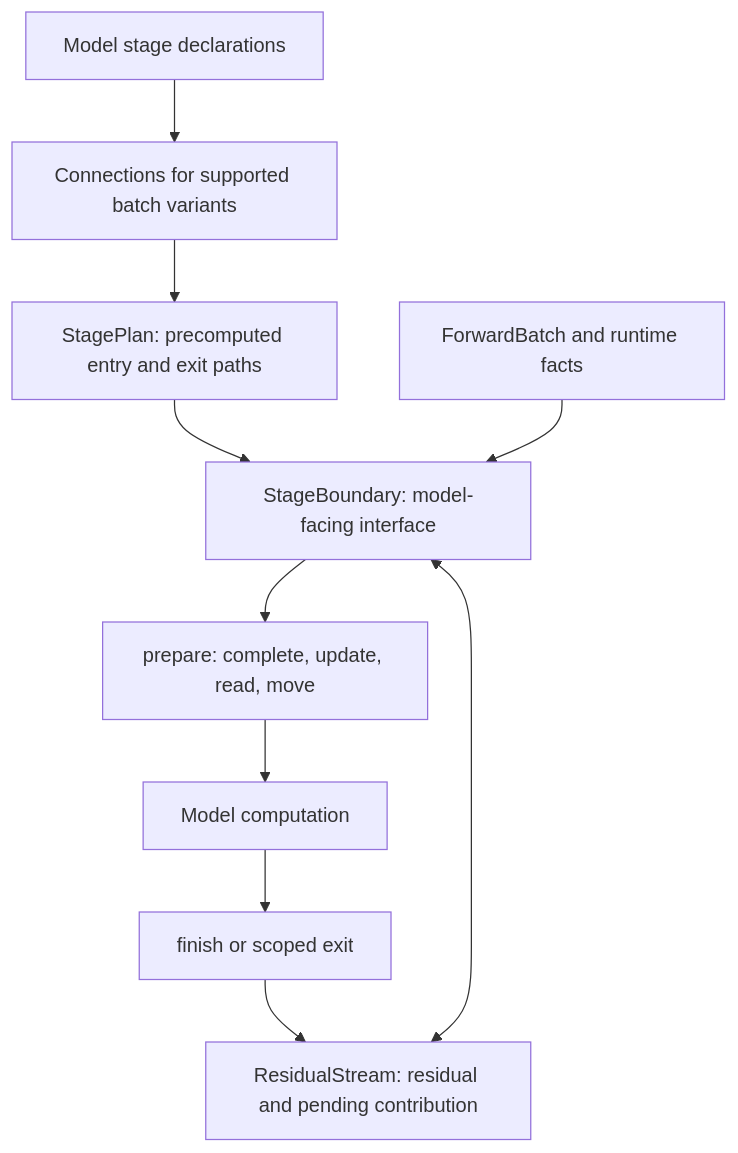
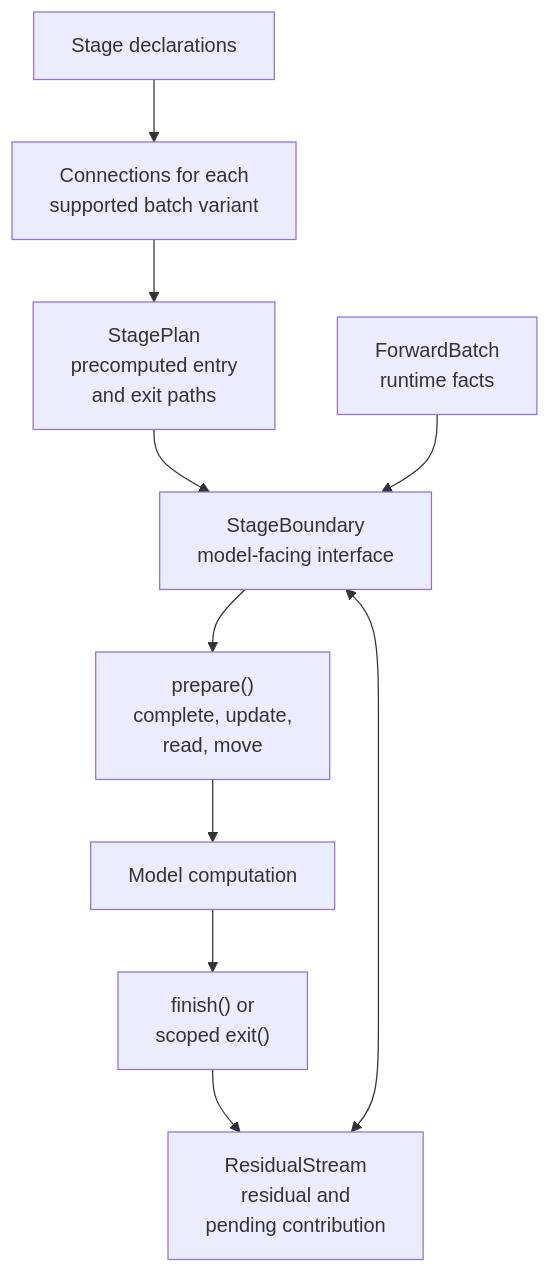
Before and after one commit to sgl-project/sglang: the diagram in docs/docs/developer_guide/layer_boundary.mdx, drawn with Mermaid.

Commit message:
Wrap the layer boundary architecture diagram labels
Long single-line node labels were cut off when the page rendered the
diagram. Quote each label and break it into short lines with <br/>, as the
other Mermaid diagrams on the docs site do.

````diff
--- a/docs/docs/developer_guide/layer_boundary.mdx
+++ b/docs/docs/developer_guide/layer_boundary.mdx
@@ -268,12 +268,12 @@
 ```mermaid
 flowchart TD
-    D[Model stage declarations] --> C[Connections for supported batch variants]
-    C --> P[StagePlan: precomputed entry and exit paths]
-    P --> B[StageBoundary: model-facing interface]
-    F[ForwardBatch and runtime facts] --> B
-    S[ResidualStream: residual and pending contribution] <--> B
-    B --> I[prepare: complete, update, read, move]
-    I --> M[Model computation]
-    M --> O[finish or scoped exit]
+    D["Stage declarations"] --> C["Connections for each<br/>supported batch variant"]
+    C --> P["StagePlan<br/>precomputed entry<br/>and exit paths"]
+    P --> B["StageBoundary<br/>model-facing interface"]
+    F["ForwardBatch<br/>runtime facts"] --> B
+    S["ResidualStream<br/>residual and<br/>pending contribution"] <--> B
+    B --> I["prepare()<br/>complete, update,<br/>read, move"]
+    I --> M["Model computation"]
+    M --> O["finish() or<br/>scoped exit()"]
     O --> S
 ```
````
